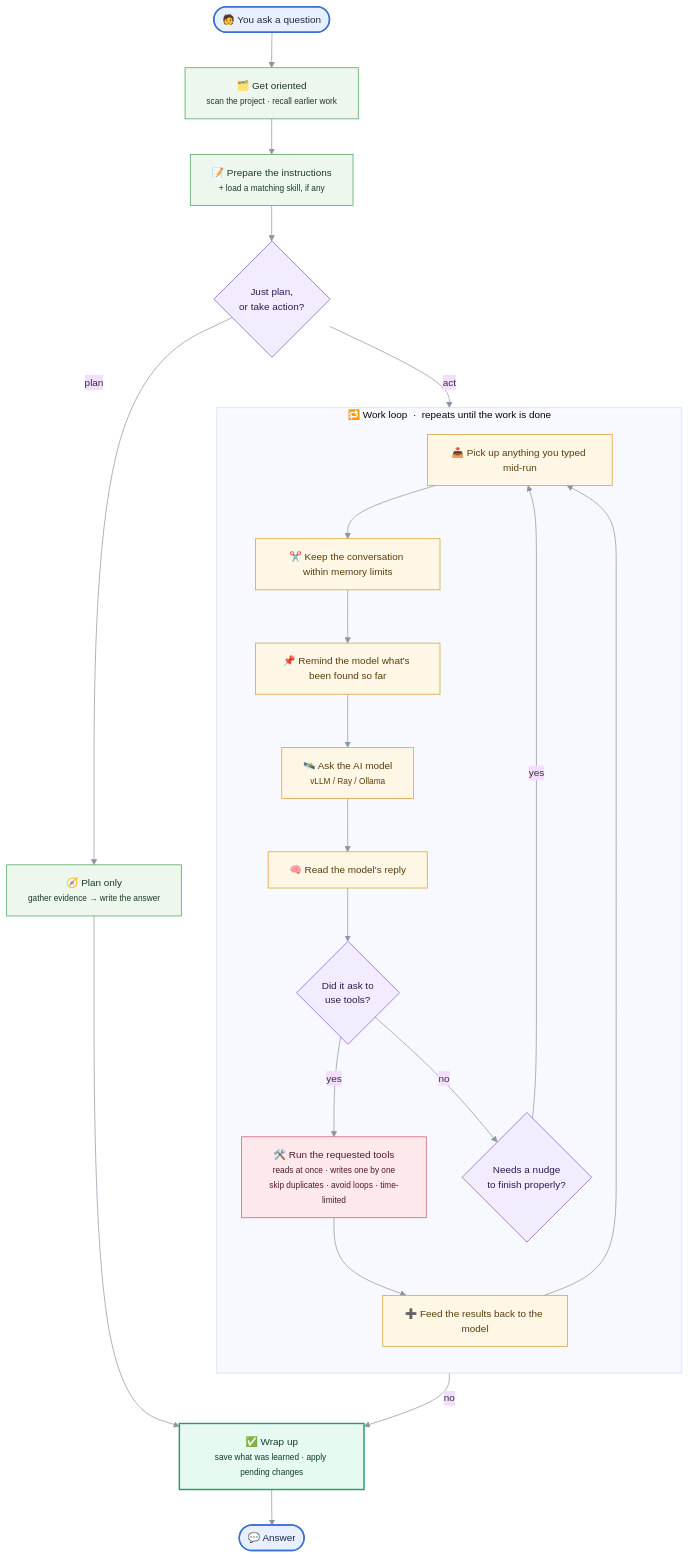
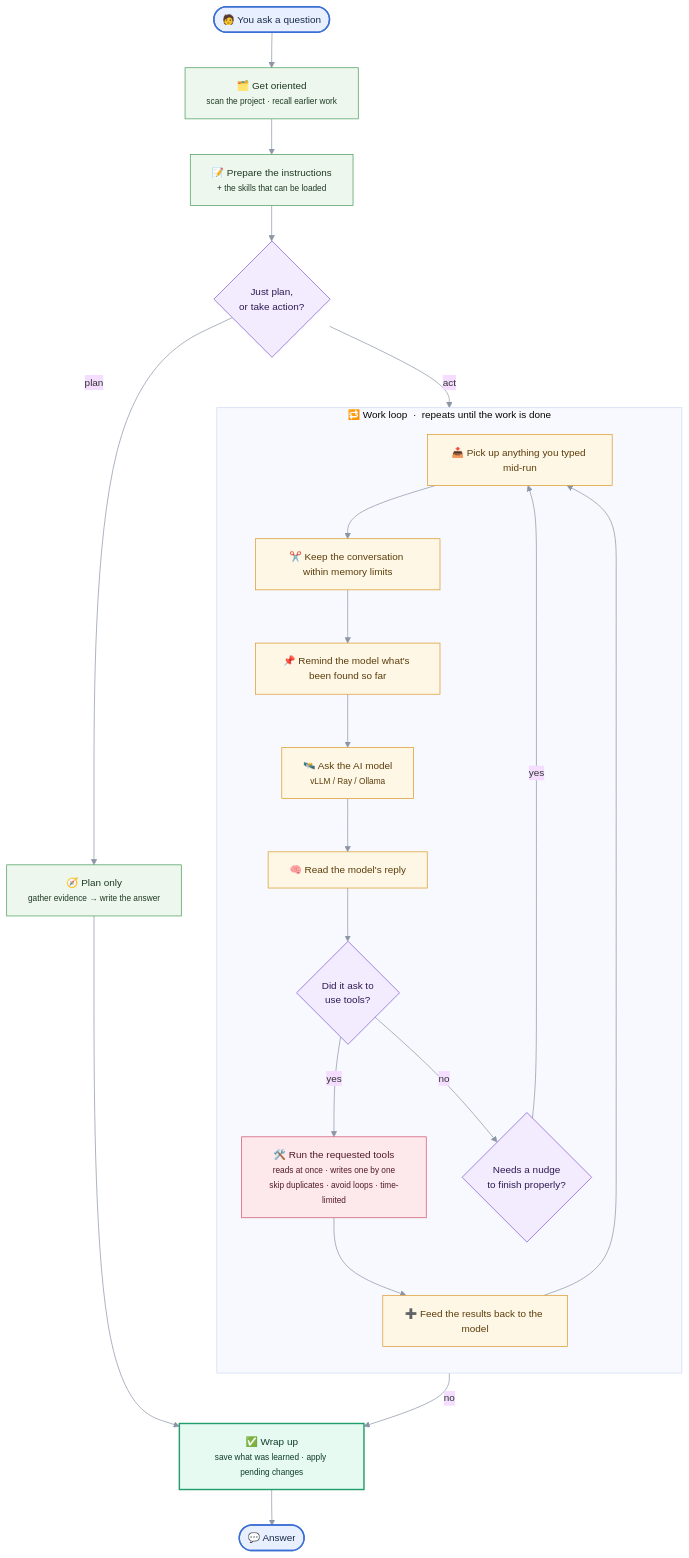
Before and after one commit to MIMIR-LLM4CSE/MIMIR: the diagram in README.md, drawn with Mermaid. The commit also changed other lines of this file and 31 other files, not shown here.

````diff
--- a/README.md
+++ b/README.md
@@ -218,40 +219,40 @@
 ```mermaid
 %%{init: {'theme':'base','themeVariables':{'fontSize':'14px','lineColor':'#8b95a5','primaryBorderColor':'#5b6270'}}}%%
 flowchart TD
     Q(["🧑 You ask a question"]) --> CTX["🗂️ Get oriented<br/><small>scan the project · recall earlier work</small>"]
-    CTX --> SYS["📝 Prepare the instructions<br/><small>+ load a matching skill, if any</small>"]
+    CTX --> SYS["📝 Prepare the instructions<br/><small>+ the skills that can be loaded</small>"]
     SYS --> MODE{"Just plan,<br/>or take action?"}
     MODE -->|plan| PLAN["🧭 Plan only<br/><small>gather evidence → write the answer</small>"]
     MODE -->|act| STEER
 
     subgraph LOOP ["&nbsp;🔁 Work loop &nbsp;·&nbsp; repeats until the work is done&nbsp;"]
         direction TB
         STEER["📥 Pick up anything you typed mid-run"] --> BUDGET["✂️ Keep the conversation within memory limits"]
         BUDGET --> PIN["📌 Remind the model what's been found so far"] --> CALL["🛰️ Ask the AI model<br/><small>vLLM / Ray / Ollama</small>"]
         CALL --> RESP["🧠 Read the model's reply"]
         RESP --> TC{"Did it ask to<br/>use tools?"}
         TC -->|yes| DISP["🛠️ Run the requested tools<br/><small>reads at once · writes one by one<br/>skip duplicates · avoid loops · time-limited</small>"]
         DISP --> INJ["➕ Feed the results back to the model"]
         INJ --> STEER
         TC -->|no| NUDGE{"Needs a nudge<br/>to finish properly?"}
         NUDGE -->|"yes"| STEER
     end
 
     NUDGE -->|no| DONE["✅ Wrap up<br/><small>save what was learned · apply pending changes</small>"]
     PLAN --> DONE
     DONE --> A(["💬 Answer"])
 
     classDef entry fill:#e8f0ff,stroke:#3b6fd4,stroke-width:2px,color:#1a2a4a;
     classDef prep fill:#eef7ee,stroke:#4a9d5b,color:#1e3a24;
     classDef step fill:#fff7e6,stroke:#d99a2b,color:#5a3d0a;
     classDef decision fill:#f3ecff,stroke:#8257d1,color:#2e1a52;
     classDef action fill:#fde9ec,stroke:#d1526b,color:#521a29;
     classDef done fill:#e6faf1,stroke:#1f9d6a,stroke-width:2px,color:#0f3d29;
 
     class Q,A entry;
     class CTX,SYS,PLAN prep;
     class STEER,BUDGET,PIN,CALL,RESP,INJ step;
     class MODE,TC,NUDGE decision;
     class DISP action;
     class DONE done;
 ```
````
